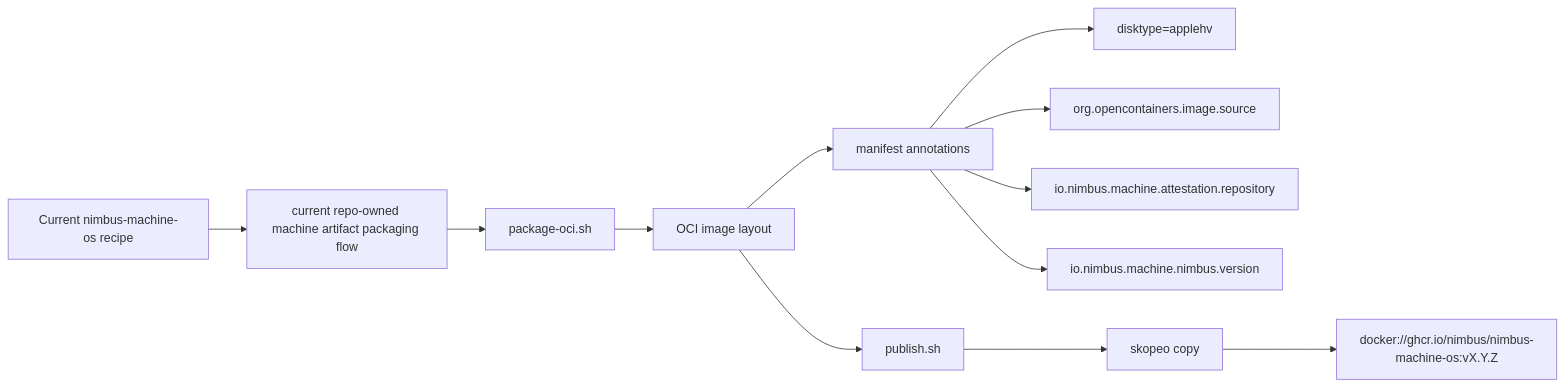
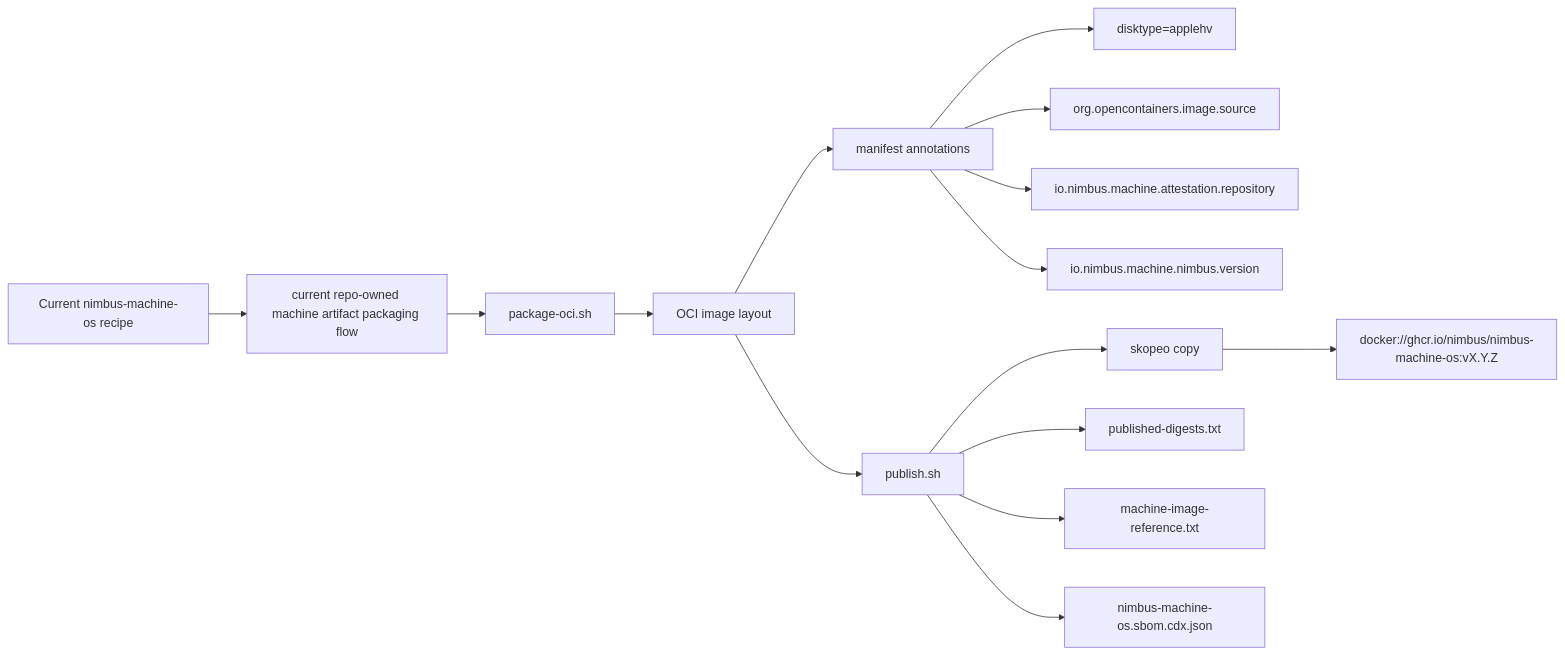
Before and after one commit to nimbus/nimbus: the second of 6 diagrams in docs/architecture/sandbox/macos-machine-flow.md, drawn with Mermaid. The commit also changed other lines of this file and 45 other files, not shown here.

````diff
--- a/docs/architecture/sandbox/macos-machine-flow.md
+++ b/docs/architecture/sandbox/macos-machine-flow.md
@@ -112,14 +135,17 @@
 ```mermaid
 flowchart LR
     A["Current nimbus-machine-os recipe"] --> B["current repo-owned machine artifact packaging flow"]
     B --> C["package-oci.sh"]
     C --> D["OCI image layout"]
     D --> E["manifest annotations"]
     E --> I["disktype=applehv"]
     E --> J["org.opencontainers.image.source"]
     E --> K["io.nimbus.machine.attestation.repository"]
     E --> L["io.nimbus.machine.nimbus.version"]
     D --> M["publish.sh"]
     M --> N["skopeo copy"]
     N --> O["docker://ghcr.io/nimbus/nimbus-machine-os:vX.Y.Z"]
+    M --> P["published-digests.txt"]
+    M --> Q["machine-image-reference.txt"]
+    M --> R["nimbus-machine-os.sbom.cdx.json"]
 ```
````
